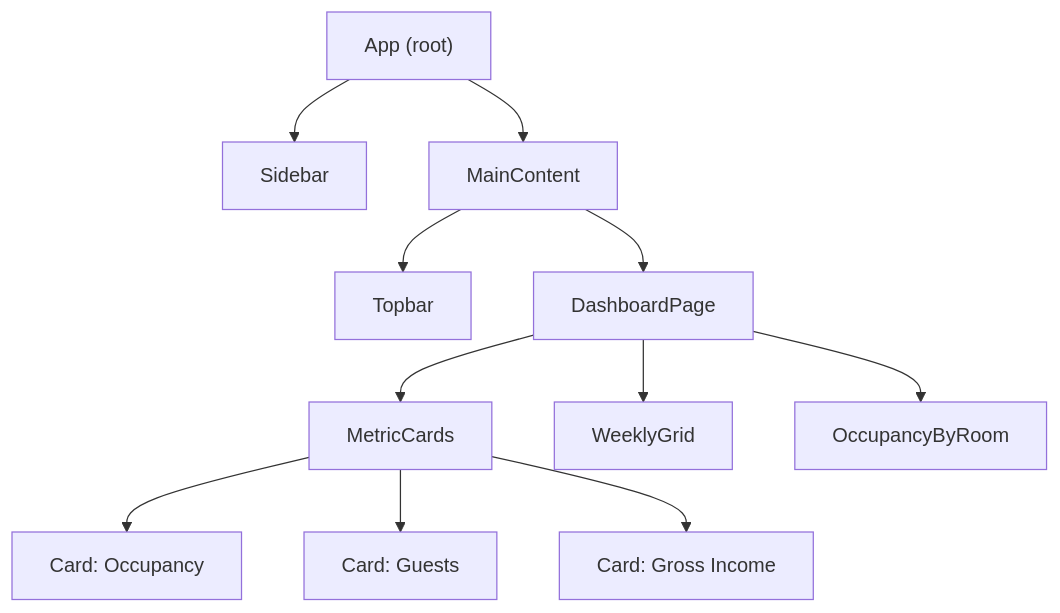
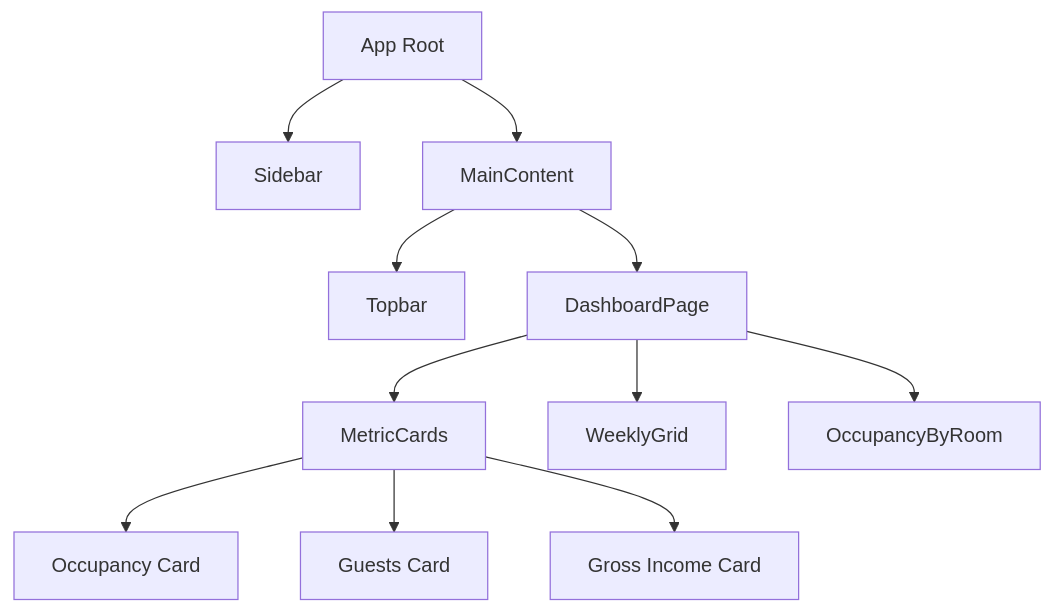
Before and after one commit to wongjinar-ai/expample: the second of 5 diagrams in learning/01-frontend.md, drawn with Mermaid. The commit also changed other lines of this file and 16 other files, not shown here.

````diff
--- a/learning/01-frontend.md
+++ b/learning/01-frontend.md
@@ -41,14 +41,14 @@
 ```mermaid
-graph TD
-    App["App (root)"]
+flowchart TD
+    App[App Root]
     App --> Sidebar
     App --> MainContent
     MainContent --> Topbar
     MainContent --> DashboardPage
     DashboardPage --> MetricCards
     DashboardPage --> WeeklyGrid
     DashboardPage --> OccupancyByRoom
-    MetricCards --> Card1["Card: Occupancy"]
-    MetricCards --> Card2["Card: Guests"]
-    MetricCards --> Card3["Card: Gross Income"]
+    MetricCards --> Card1[Occupancy Card]
+    MetricCards --> Card2[Guests Card]
+    MetricCards --> Card3[Gross Income Card]
 ```
````
